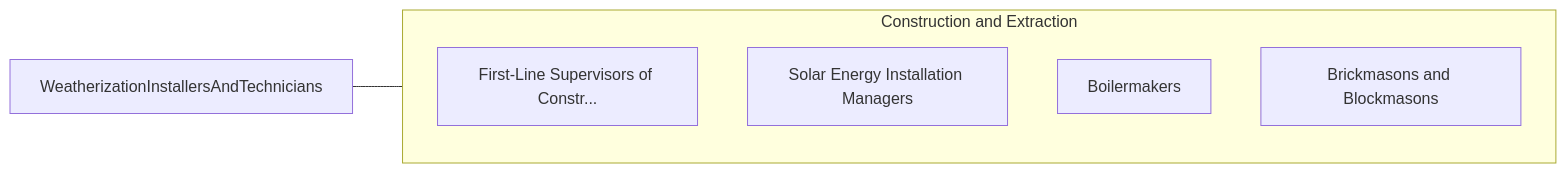
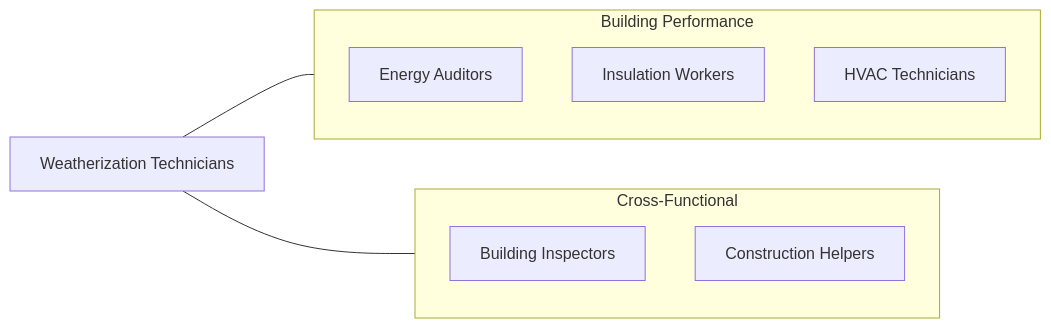
One commit to kziemski/business.org.ai changed the fourth of 4 diagrams in occupations/Construction/WeatherizationInstallersAndTechnicians.mdx. Above: the diagram before and after it, drawn with Mermaid. The commit also changed other lines of this file and 938 other files, not shown here.

````diff
--- a/occupations/Construction/WeatherizationInstallersAndTechnicians.mdx
+++ b/occupations/Construction/WeatherizationInstallersAndTechnicians.mdx
@@ -116,13 +217,15 @@
 ```mermaid
 graph LR
-    Current["WeatherizationInstallersAndTechnicians"]
-
-    subgraph SameCategory["Construction and Extraction"]
-        FirstLineSupervisors["First-Line Supervisors of Constr..."]
-        SolarEnergyInstallat["Solar Energy Installation Managers"]
-        Boilermakers["Boilermakers"]
-        BrickmasonsAndBlockm["Brickmasons and Blockmasons"]
+    Current["Weatherization Technicians"]
+    subgraph Same["Building Performance"]
+        Auditor["Energy Auditors"]
+        Insulation["Insulation Workers"]
+        HVAC["HVAC Technicians"]
     end
-
-    Current --- SameCategory
+    subgraph Cross["Cross-Functional"]
+        Inspector["Building Inspectors"]
+        Helper["Construction Helpers"]
+    end
+    Current --- Same
+    Current --- Cross
 ```
````
